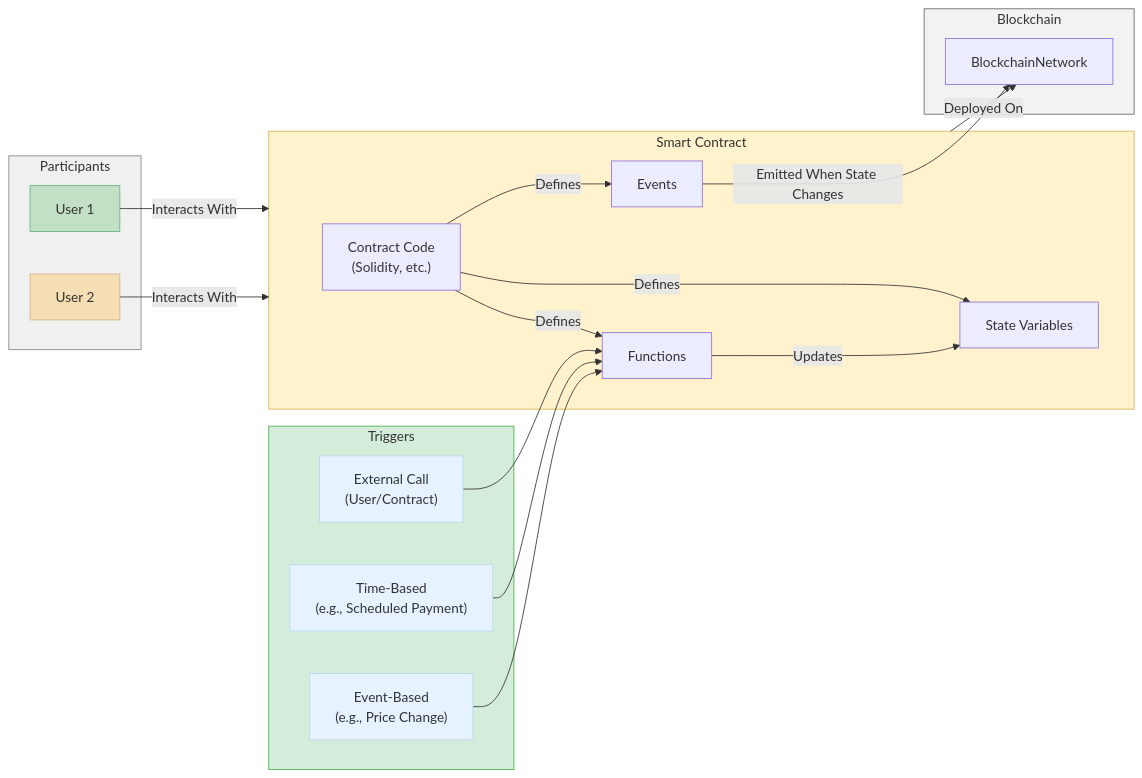
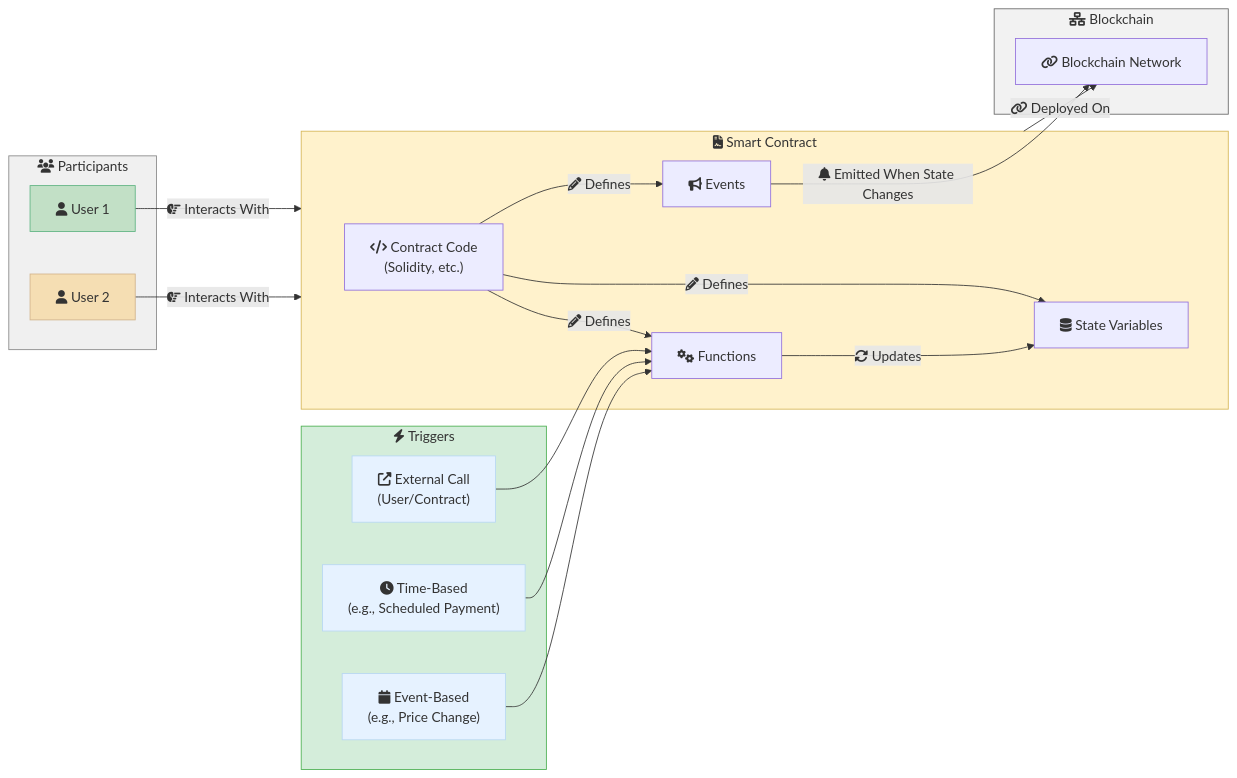
One commit to kelvin-bz/blog changed diagram 11 of 22 in _posts/2024-07-06-blockchain-for-dummies.md. Above: the diagram before and after it, drawn with Mermaid. The commit also changed other lines of this file, not shown here.

````diff
--- a/_posts/2024-07-06-blockchain-for-dummies.md
+++ b/_posts/2024-07-06-blockchain-for-dummies.md
@@ -360,49 +362,48 @@
 ```mermaid
 graph LR
-    subgraph SmartContract["Smart Contract"]
+    subgraph SmartContract["fa:fa-file-contract Smart Contract"]
         style SmartContract fill:#FFF2CC,stroke:#D6B656
-        ContractCode["Contract Code<br/>(Solidity, etc.)"]
-        StateVariables["State Variables"]
-        Functions["Functions"]
-        Events["Events"]
+        ContractCode["fa:fa-code Contract Code<br/>(Solidity, etc.)"]
+        StateVariables["fa:fa-database State Variables"]
+        Functions["fa:fa-cogs Functions"]
+        Events["fa:fa-bullhorn Events"]
     end
 
-    subgraph Blockchain["Blockchain"]
+    subgraph Blockchain["fa:fa-network-wired Blockchain"]
         style Blockchain fill:#F2F2F2,stroke:#666666
-        BlockchainNetwork
+        BlockchainNetwork["fa:fa-link Blockchain Network"]
     end
 
-    subgraph Participants["Participants"]
+    subgraph Participants["fa:fa-users Participants"]
         style Participants fill:#F0F0F0,stroke:#888888
-        User1["User 1"]
+        User1["fa:fa-user User 1"]
         style User1 fill:#C2E0C6,stroke:#5FB483
-        User2["User 2"]
+        User2["fa:fa-user User 2"]
         style User2 fill:#F5DEB3,stroke:#D2B48C
     end
     
-    subgraph Trigger["Triggers"]
+    subgraph Trigger["fa:fa-bolt Triggers"]
         style Trigger fill:#D4EDDA,stroke:#4CAF50
-        ExternalCall["External Call<br/>(User/Contract)"]
+        ExternalCall["fa:fa-external-link-alt External Call<br/>(User/Contract)"]
         style ExternalCall fill:#E6F2FF,stroke:#B8D8F2
-        TimeBased["Time-Based<br/>(e.g., Scheduled Payment)"]
+        TimeBased["fa:fa-clock Time-Based<br/>(e.g., Scheduled Payment)"]
         style TimeBased fill:#E6F2FF,stroke:#B8D8F2
-        EventBased["Event-Based<br/>(e.g., Price Change)"]
+        EventBased["fa:fa-calendar Event-Based<br/>(e.g., Price Change)"]
         style EventBased fill:#E6F2FF,stroke:#B8D8F2
     end
 
+    User1 -- "fa:fa-hand-point-right Interacts With" --> SmartContract
+    User2 -- "fa:fa-hand-point-right Interacts With" --> SmartContract
 
-    User1 -- "Interacts With" --> SmartContract
-    User2 -- "Interacts With" --> SmartContract
-
-    SmartContract -- "Deployed On" --> BlockchainNetwork
-    ContractCode -- "Defines" --> StateVariables
-    ContractCode -- "Defines" --> Functions
-    ContractCode -- "Defines" --> Events
-    Functions -- "Updates" --> StateVariables
-    Events -- "Emitted When State Changes" --> BlockchainNetwork
+    SmartContract -- "fa:fa-link Deployed On" --> BlockchainNetwork
+    ContractCode -- "fa:fa-pencil-alt Defines" --> StateVariables
+    ContractCode -- "fa:fa-pencil-alt Defines" --> Functions
+    ContractCode -- "fa:fa-pencil-alt Defines" --> Events
+    Functions -- "fa:fa-sync-alt Updates" --> StateVariables
+    Events -- "fa:fa-bell Emitted When State Changes" --> BlockchainNetwork
 
     ExternalCall --> Functions
     TimeBased --> Functions
     EventBased --> Functions
 
 ```
````
